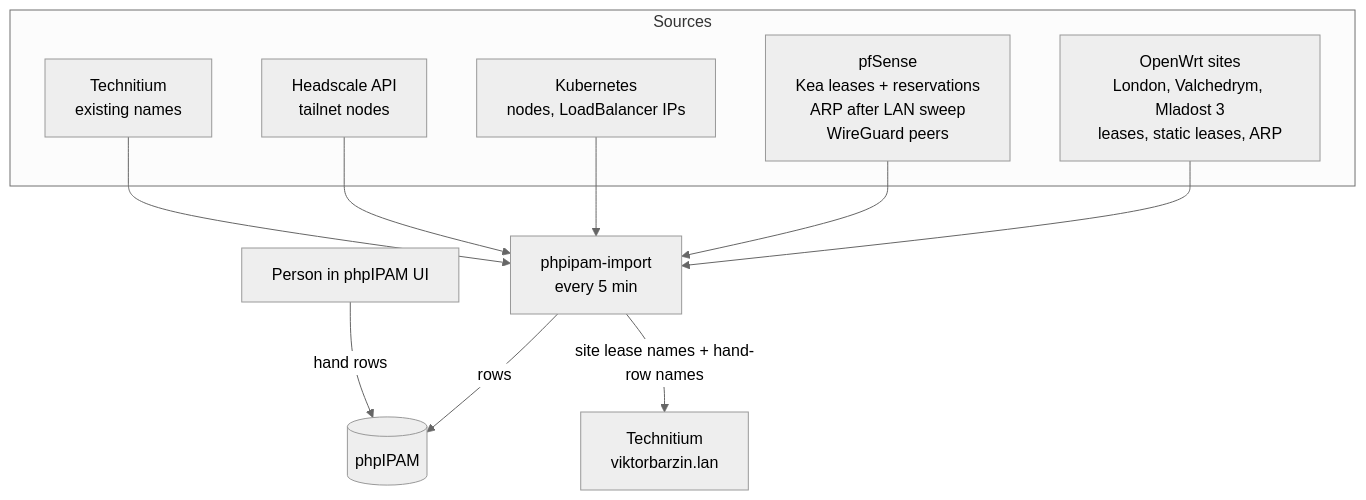
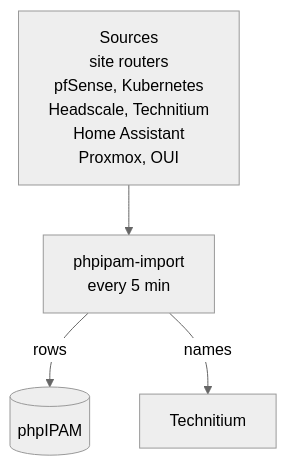
One commit to ViktorBarzin/infra changed the diagram in docs/plans/2026-10-13-phpipam-inventory.md. Above: the diagram before and after it, drawn with Mermaid (neutral theme). The commit also changed other lines of this file, not shown here.

Commit message:
docs: phpIPAM inventory plan diagram fits a phone
The published page's flowchart was 623 px wide in a 385 px phone column.
Collapse the sources into one node so it renders at 296 px.

````diff
--- a/docs/plans/2026-10-13-phpipam-inventory.md
+++ b/docs/plans/2026-10-13-phpipam-inventory.md
@@ -33,14 +33,6 @@
 ```mermaid
 flowchart TD
-  subgraph Sources
-    OW[OpenWrt sites<br/>London, Valchedrym, Mladost 3<br/>leases, static leases, ARP]
-    PF[pfSense<br/>Kea leases + reservations<br/>ARP after LAN sweep<br/>WireGuard peers]
-    K8[Kubernetes<br/>nodes, LoadBalancer IPs]
-    HS[Headscale API<br/>tailnet nodes]
-    TD[Technitium<br/>existing names]
-  end
-  OW & PF & K8 & HS & TD --> IMP[phpipam-import<br/>every 5 min]
+  S["Sources<br/>site routers<br/>pfSense, Kubernetes<br/>Headscale, Technitium<br/>Home Assistant<br/>Proxmox, OUI"] --> IMP["phpipam-import<br/>every 5 min"]
   IMP -->|rows| DB[(phpIPAM)]
-  IMP -->|site lease names + hand-row names| TW[Technitium<br/>viktorbarzin.lan]
-  P[Person in phpIPAM UI] -->|hand rows| DB
+  IMP -->|names| TW[Technitium]
 ```
````
